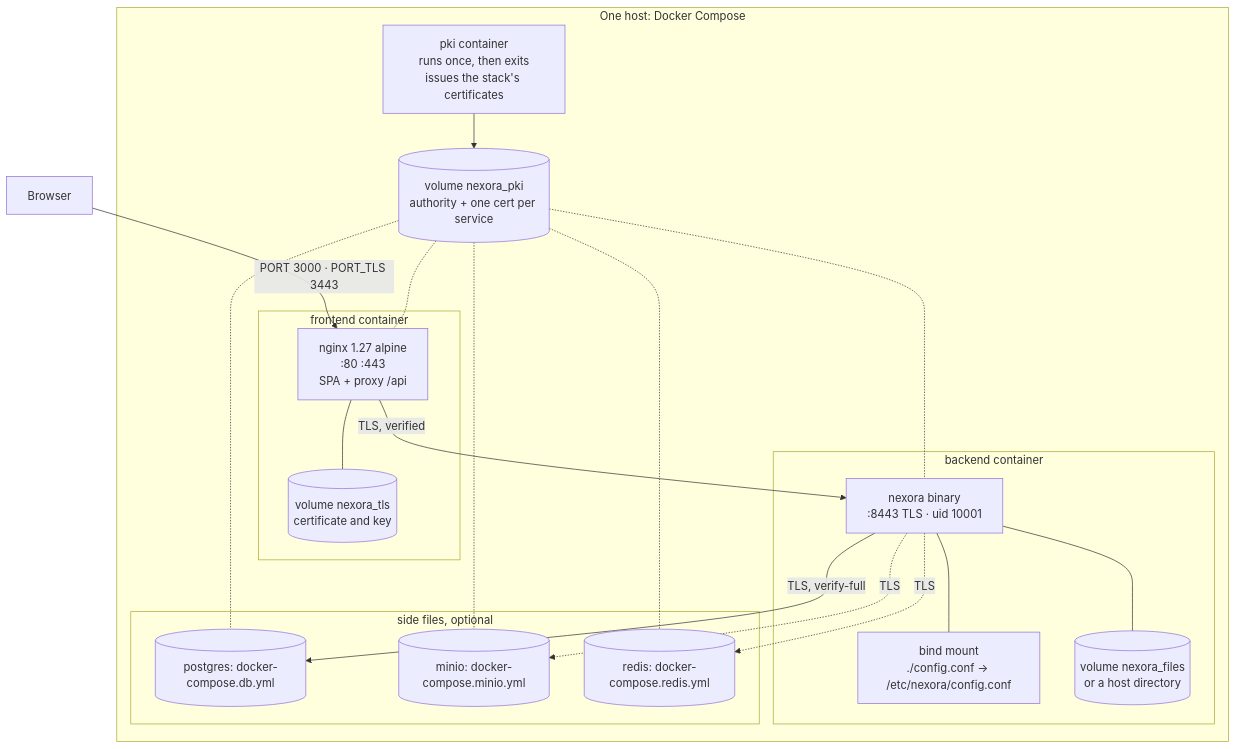
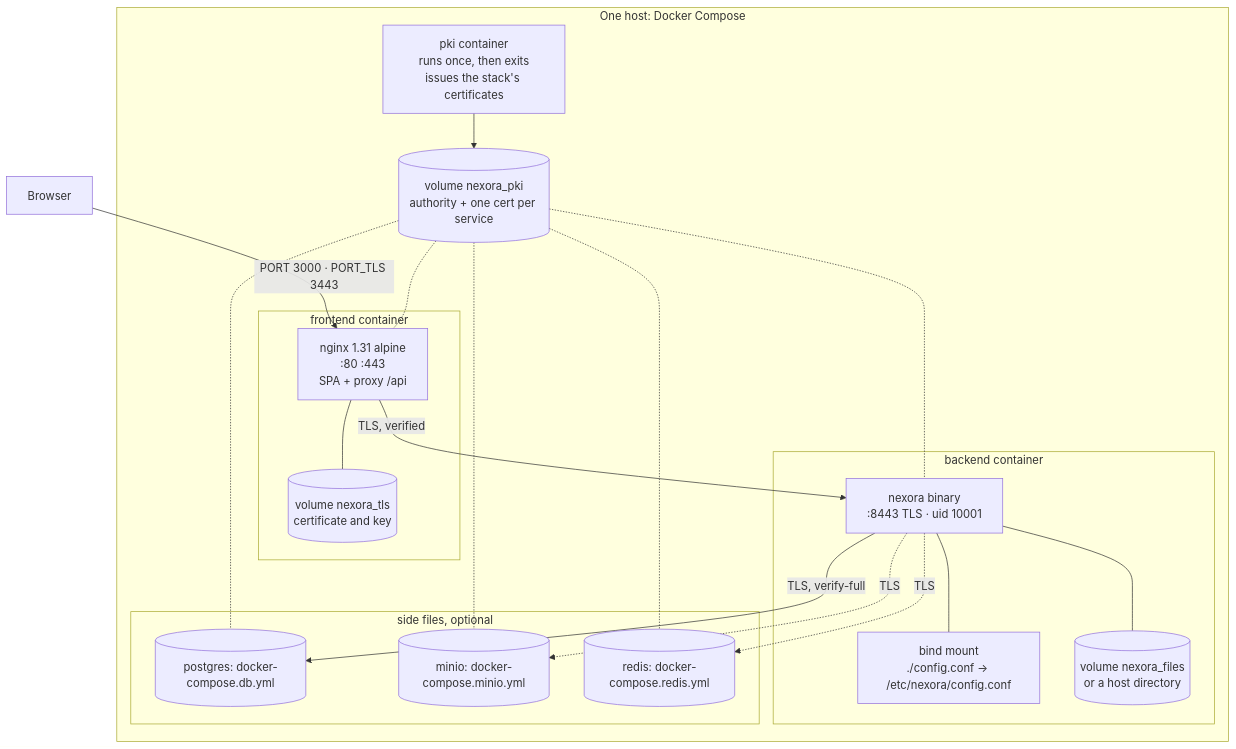
Diagram 12 of 16 in docs/architecture.md (Dschonas04/Nexora), drawn with Mermaid before and after one commit. The commit also changed other lines of this file and 12 other files, not shown here.

First line of the commit message:
Dependencies: BlockNote 0.55, Mantine 9, React Router 8, Go modules, Node 26, nginx 1.31, Alpine 3.24, current actions

````diff
--- a/docs/architecture.md
+++ b/docs/architecture.md
@@ -653,36 +653,36 @@
 ```mermaid
 graph TB
     subgraph host["One host: Docker Compose"]
         pki["pki container<br/>runs once, then exits<br/>issues the stack's certificates"]
         pkiv[("volume nexora_pki<br/>authority + one cert per service")]
         subgraph fe["frontend container"]
-            nginx["nginx 1.27 alpine<br/>:80 :443<br/>SPA + proxy /api"]
+            nginx["nginx 1.31 alpine<br/>:80 :443<br/>SPA + proxy /api"]
             tlsv[("volume nexora_tls<br/>certificate and key")]
         end
         subgraph be["backend container"]
             go["nexora binary<br/>:8443 TLS · uid 10001"]
             conf["bind mount<br/>./config.conf → /etc/nexora/config.conf"]
             filesv[("volume nexora_files<br/>or a host directory")]
         end
         subgraph opt["side files, optional"]
             db[("postgres: docker-compose.db.yml")]
             minio[("minio: docker-compose.minio.yml")]
             redis[("redis: docker-compose.redis.yml")]
         end
     end
 
     browser["Browser"] -->|"PORT 3000 · PORT_TLS 3443"| nginx
     nginx -->|"TLS, verified"| go
     go -->|"TLS, verify-full"| db
     go -.->|"TLS"| minio
     go -.->|"TLS"| redis
     pki --> pkiv
     pkiv -.- nginx
     pkiv -.- go
     pkiv -.- db
     pkiv -.- minio
     pkiv -.- redis
     nginx --- tlsv
     go --- conf
     go --- filesv
 ```
````
